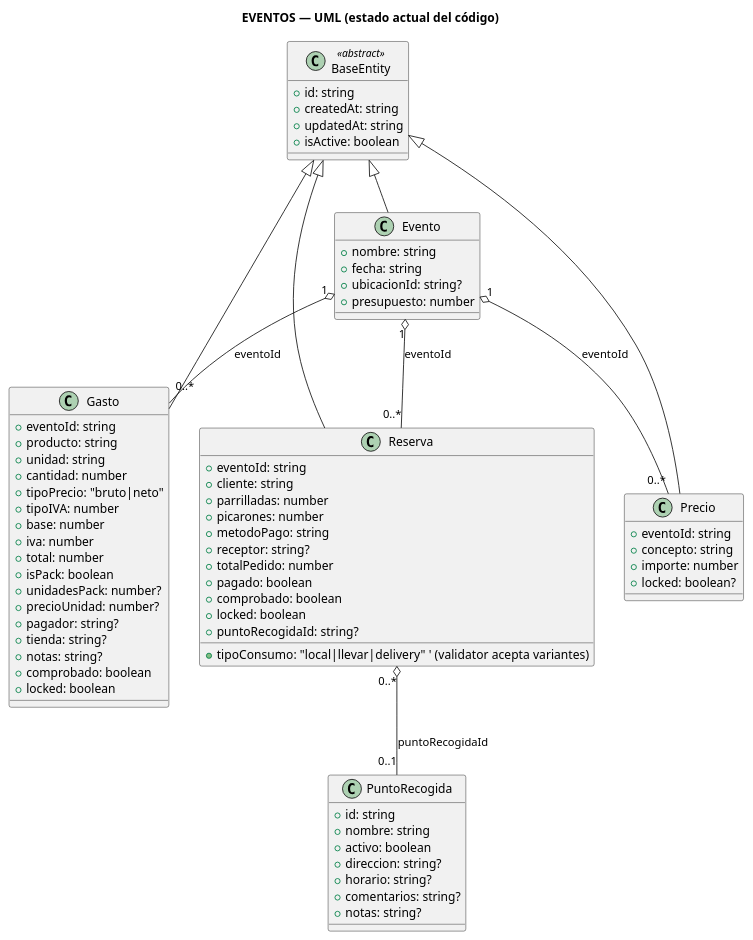
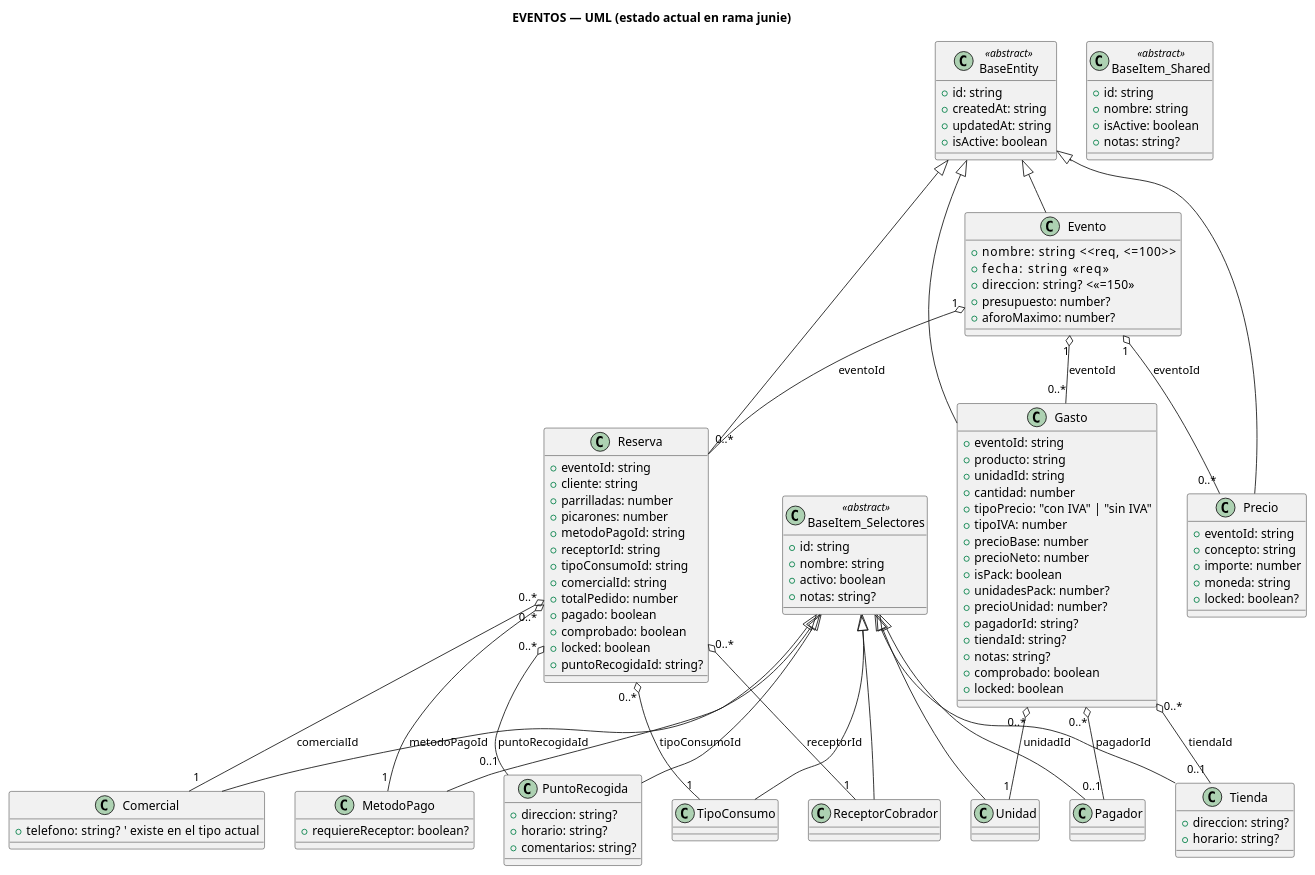
One commit to Valcis/Eventos changed the diagram in docs/EVENTOS_UML.puml. Above: the diagram before and after it, drawn with PlantUML. The commit also changed 21 other files, not shown here.

```diff
--- a/docs/EVENTOS_UML.puml
+++ b/docs/EVENTOS_UML.puml
@@ -1,80 +1,129 @@
 @startuml
-title EVENTOS — UML (estado actual del código)
+title EVENTOS — UML (estado actual en rama junie)
 
+' ========= Bases =========
 class BaseEntity <<abstract>> {
   +id: string
   +createdAt: string
   +updatedAt: string
   +isActive: boolean
 }
 
+' OJO: hay dos variantes de BaseItem en el repo (ver notas)
+class BaseItem_Selectores <<abstract>> {
+  +id: string
+  +nombre: string
+  +activo: boolean
+  +notas: string?
+}
+
+class BaseItem_Shared <<abstract>> {
+  +id: string
+  +nombre: string
+  +isActive: boolean
+  +notas: string?
+}
+
+' ========= Core =========
 class Evento {
-  +nombre: string
-  +fecha: string
-  +ubicacionId: string?
-  +presupuesto: number
+  +nombre: string       <<req, <=100>>
+  +fecha: string        <<req>>
+  +direccion: string?   <<<=150>>
+  +presupuesto: number?
+  +aforoMaximo: number?
+}
+
+class Reserva {
+  +eventoId: string
+  +cliente: string
+  +parrilladas: number
+  +picarones: number
+  +metodoPagoId: string
+  +receptorId: string
+  +tipoConsumoId: string
+  +comercialId: string
+  +totalPedido: number
+  +pagado: boolean
+  +comprobado: boolean
+  +locked: boolean
+  +puntoRecogidaId: string?
 }
 
 class Gasto {
   +eventoId: string
   +producto: string
-  +unidad: string
+  +unidadId: string
   +cantidad: number
-  +tipoPrecio: "bruto|neto"
+  +tipoPrecio: "con IVA" | "sin IVA"
   +tipoIVA: number
-  +base: number
-  +iva: number
-  +total: number
+  +precioBase: number
+  +precioNeto: number
   +isPack: boolean
   +unidadesPack: number?
   +precioUnidad: number?
-  +pagador: string?
-  +tienda: string?
+  +pagadorId: string?
+  +tiendaId: string?
   +notas: string?
   +comprobado: boolean
   +locked: boolean
 }
 
 class Precio {
   +eventoId: string
   +concepto: string
   +importe: number
+  +moneda: string
   +locked: boolean?
 }
 
-class Reserva {
-  +eventoId: string
-  +cliente: string
-  +parrilladas: number
-  +picarones: number
-  +tipoConsumo: "local|llevar|delivery"  ' (validator acepta variantes)
-  +metodoPago: string
-  +receptor: string?
-  +totalPedido: number
-  +pagado: boolean
-  +comprobado: boolean
-  +locked: boolean
-  +puntoRecogidaId: string?
+' ========= Selectores =========
+class Comercial {
+  +telefono: string?   ' existe en el tipo actual
 }
-
+class MetodoPago {
+  +requiereReceptor: boolean?
+}
+class Pagador
+class Tienda {
+  +direccion: string?
+  +horario: string?
+}
+class Unidad
+class TipoConsumo
+class ReceptorCobrador
 class PuntoRecogida {
-  +id: string
-  +nombre: string
-  +activo: boolean
   +direccion: string?
   +horario: string?
   +comentarios: string?
-  +notas: string?
 }
 
+' Inheritances
 BaseEntity <|-- Evento
+BaseEntity <|-- Reserva
 BaseEntity <|-- Gasto
 BaseEntity <|-- Precio
-BaseEntity <|-- Reserva
 
-Evento "1" o-- "0..*" Gasto : eventoId
-Evento "1" o-- "0..*" Precio : eventoId
+BaseItem_Selectores <|-- Comercial
+BaseItem_Selectores <|-- MetodoPago
+BaseItem_Selectores <|-- Pagador
+BaseItem_Selectores <|-- Tienda
+BaseItem_Selectores <|-- Unidad
+BaseItem_Selectores <|-- TipoConsumo
+BaseItem_Selectores <|-- ReceptorCobrador
+BaseItem_Selectores <|-- PuntoRecogida
+
+' ========= Relaciones =========
 Evento "1" o-- "0..*" Reserva : eventoId
+Evento "1" o-- "0..*" Gasto   : eventoId
+Evento "1" o-- "0..*" Precio  : eventoId
+
+Reserva "0..*" o-- "1" MetodoPago       : metodoPagoId
+Reserva "0..*" o-- "1" ReceptorCobrador : receptorId
+Reserva "0..*" o-- "1" TipoConsumo      : tipoConsumoId
+Reserva "0..*" o-- "1" Comercial        : comercialId
 Reserva "0..*" o-- "0..1" PuntoRecogida : puntoRecogidaId
 
+Gasto "0..*" o-- "1" Unidad  : unidadId
+Gasto "0..*" o-- "0..1" Tienda  : tiendaId
+Gasto "0..*" o-- "0..1" Pagador : pagadorId
 @enduml
```
